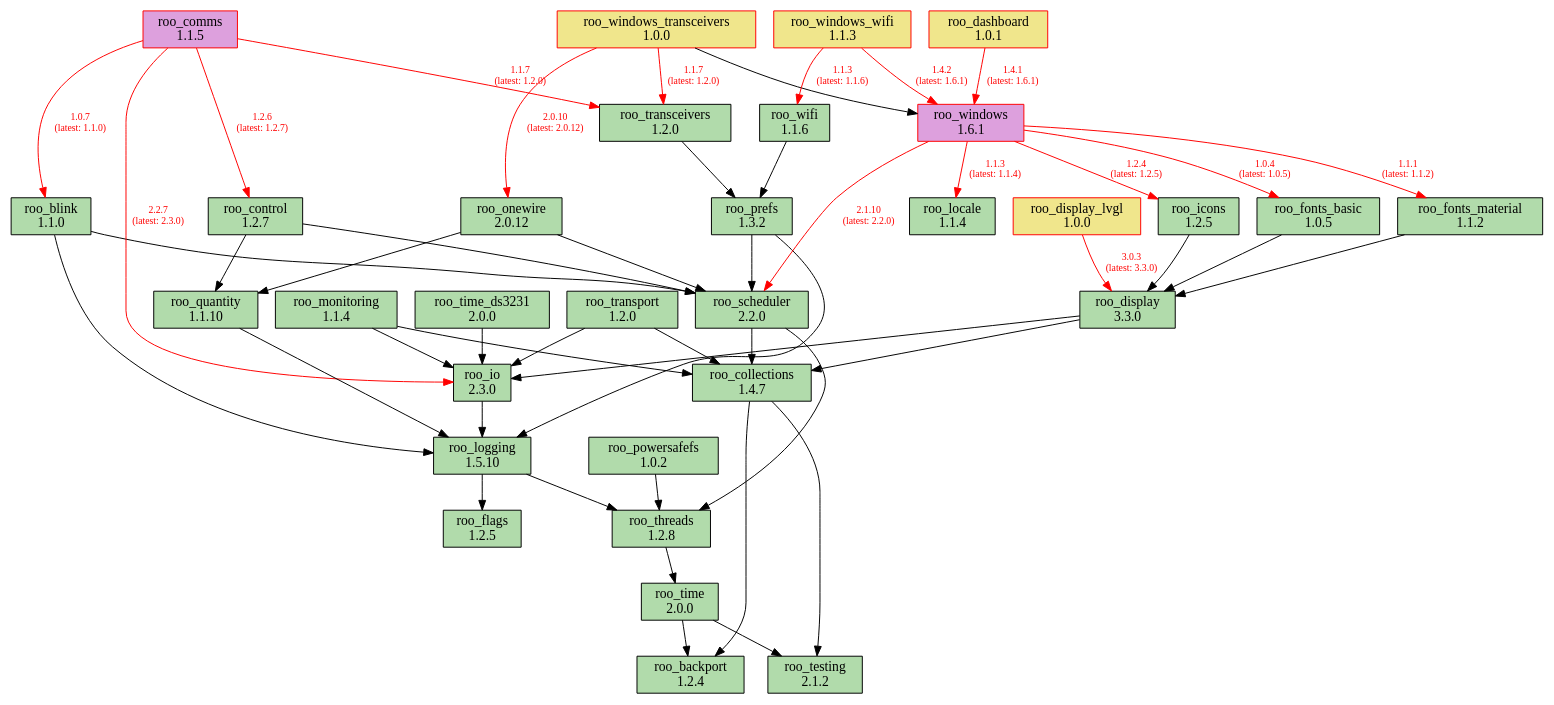
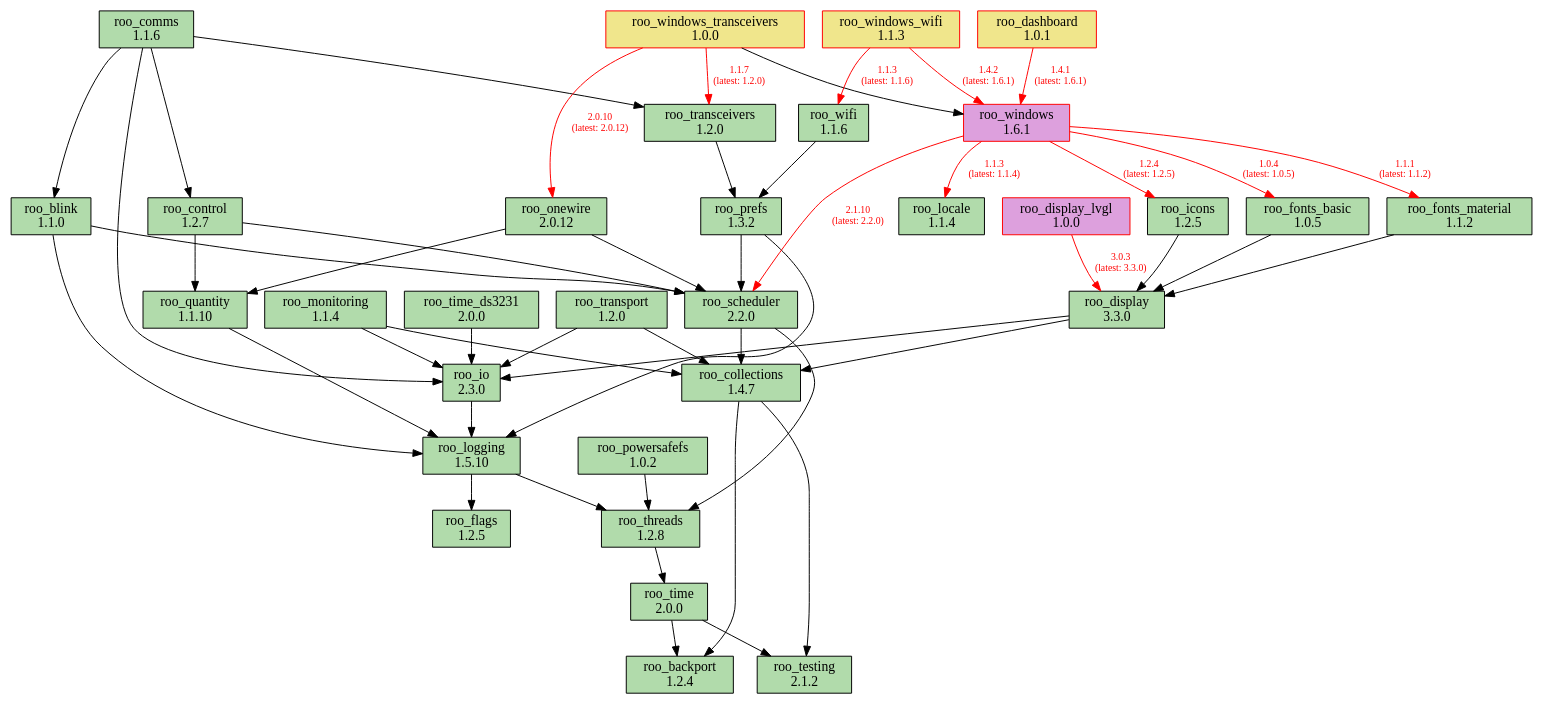
Before and after one commit to dejwk/roo-registry: the diagram in doc/dependencies.dot, drawn with Graphviz. The commit also changed 3 other files, not shown here.

Commit message:
Added roo_comms 1.1.6 to the registry.

```diff
--- a/doc/dependencies.dot
+++ b/doc/dependencies.dot
@@ -1,88 +1,88 @@
 digraph dependencies {
     rankdir=TB;
     node [shape=box, style=filled];
     edge [fontsize=10];
 
     // Modules
     "roo_backport" [label="roo_backport\n1.2.4", fillcolor="#b1dbab", color="black"];
     "roo_blink" [label="roo_blink\n1.1.0", fillcolor="#b1dbab", color="black"];
     "roo_collections" [label="roo_collections\n1.4.7", fillcolor="#b1dbab", color="black"];
-    "roo_comms" [label="roo_comms\n1.1.5", fillcolor="plum", color="red"];
+    "roo_comms" [label="roo_comms\n1.1.6", fillcolor="#b1dbab", color="black"];
     "roo_control" [label="roo_control\n1.2.7", fillcolor="#b1dbab", color="black"];
     "roo_dashboard" [label="roo_dashboard\n1.0.1", fillcolor="khaki", color="red"];
     "roo_display" [label="roo_display\n3.3.0", fillcolor="#b1dbab", color="black"];
-    "roo_display_lvgl" [label="roo_display_lvgl\n1.0.0", fillcolor="khaki", color="red"];
+    "roo_display_lvgl" [label="roo_display_lvgl\n1.0.0", fillcolor="plum", color="red"];
     "roo_flags" [label="roo_flags\n1.2.5", fillcolor="#b1dbab", color="black"];
     "roo_fonts_basic" [label="roo_fonts_basic\n1.0.5", fillcolor="#b1dbab", color="black"];
     "roo_fonts_material" [label="roo_fonts_material\n1.1.2", fillcolor="#b1dbab", color="black"];
     "roo_icons" [label="roo_icons\n1.2.5", fillcolor="#b1dbab", color="black"];
     "roo_io" [label="roo_io\n2.3.0", fillcolor="#b1dbab", color="black"];
     "roo_locale" [label="roo_locale\n1.1.4", fillcolor="#b1dbab", color="black"];
     "roo_logging" [label="roo_logging\n1.5.10", fillcolor="#b1dbab", color="black"];
     "roo_monitoring" [label="roo_monitoring\n1.1.4", fillcolor="#b1dbab", color="black"];
     "roo_onewire" [label="roo_onewire\n2.0.12", fillcolor="#b1dbab", color="black"];
     "roo_powersafefs" [label="roo_powersafefs\n1.0.2", fillcolor="#b1dbab", color="black"];
     "roo_prefs" [label="roo_prefs\n1.3.2", fillcolor="#b1dbab", color="black"];
     "roo_quantity" [label="roo_quantity\n1.1.10", fillcolor="#b1dbab", color="black"];
     "roo_scheduler" [label="roo_scheduler\n2.2.0", fillcolor="#b1dbab", color="black"];
     "roo_testing" [label="roo_testing\n2.1.2", fillcolor="#b1dbab", color="black"];
     "roo_threads" [label="roo_threads\n1.2.8", fillcolor="#b1dbab", color="black"];
     "roo_time" [label="roo_time\n2.0.0", fillcolor="#b1dbab", color="black"];
     "roo_time_ds3231" [label="roo_time_ds3231\n2.0.0", fillcolor="#b1dbab", color="black"];
     "roo_transceivers" [label="roo_transceivers\n1.2.0", fillcolor="#b1dbab", color="black"];
     "roo_transport" [label="roo_transport\n1.2.0", fillcolor="#b1dbab", color="black"];
     "roo_wifi" [label="roo_wifi\n1.1.6", fillcolor="#b1dbab", color="black"];
     "roo_windows" [label="roo_windows\n1.6.1", fillcolor="plum", color="red"];
     "roo_windows_transceivers" [label="roo_windows_transceivers\n1.0.0", fillcolor="khaki", color="red"];
     "roo_windows_wifi" [label="roo_windows_wifi\n1.1.3", fillcolor="khaki", color="red"];
 
     // Dependencies
     "roo_blink" -> "roo_logging";
     "roo_blink" -> "roo_scheduler";
     "roo_collections" -> "roo_testing";
     "roo_collections" -> "roo_backport";
-    "roo_comms" -> "roo_blink" [color=red, fontcolor=red, label="1.0.7\n(latest: 1.1.0)"];
-    "roo_comms" -> "roo_control" [color=red, fontcolor=red, label="1.2.6\n(latest: 1.2.7)"];
-    "roo_comms" -> "roo_io" [color=red, fontcolor=red, label="2.2.7\n(latest: 2.3.0)"];
-    "roo_comms" -> "roo_transceivers" [color=red, fontcolor=red, label="1.1.7\n(latest: 1.2.0)"];
+    "roo_comms" -> "roo_blink";
+    "roo_comms" -> "roo_control";
+    "roo_comms" -> "roo_io";
+    "roo_comms" -> "roo_transceivers";
     "roo_control" -> "roo_quantity";
     "roo_control" -> "roo_scheduler";
     "roo_dashboard" -> "roo_windows" [color=red, fontcolor=red, label="1.4.1\n(latest: 1.6.1)"];
     "roo_display" -> "roo_collections";
     "roo_display" -> "roo_io";
     "roo_display_lvgl" -> "roo_display" [color=red, fontcolor=red, label="3.0.3\n(latest: 3.3.0)"];
     "roo_fonts_basic" -> "roo_display";
     "roo_fonts_material" -> "roo_display";
     "roo_icons" -> "roo_display";
     "roo_io" -> "roo_logging";
     "roo_logging" -> "roo_flags";
     "roo_logging" -> "roo_threads";
     "roo_monitoring" -> "roo_collections";
     "roo_monitoring" -> "roo_io";
     "roo_onewire" -> "roo_scheduler";
     "roo_onewire" -> "roo_quantity";
     "roo_powersafefs" -> "roo_threads";
     "roo_prefs" -> "roo_logging";
     "roo_prefs" -> "roo_scheduler";
     "roo_quantity" -> "roo_logging";
     "roo_scheduler" -> "roo_collections";
     "roo_scheduler" -> "roo_threads";
     "roo_threads" -> "roo_time";
     "roo_time" -> "roo_testing";
     "roo_time" -> "roo_backport";
     "roo_time_ds3231" -> "roo_io";
     "roo_transceivers" -> "roo_prefs";
     "roo_transport" -> "roo_collections";
     "roo_transport" -> "roo_io";
     "roo_wifi" -> "roo_prefs";
     "roo_windows" -> "roo_fonts_basic" [color=red, fontcolor=red, label="1.0.4\n(latest: 1.0.5)"];
     "roo_windows" -> "roo_fonts_material" [color=red, fontcolor=red, label="1.1.1\n(latest: 1.1.2)"];
     "roo_windows" -> "roo_locale" [color=red, fontcolor=red, label="1.1.3\n(latest: 1.1.4)"];
     "roo_windows" -> "roo_icons" [color=red, fontcolor=red, label="1.2.4\n(latest: 1.2.5)"];
     "roo_windows" -> "roo_scheduler" [color=red, fontcolor=red, label="2.1.10\n(latest: 2.2.0)"];
     "roo_windows_transceivers" -> "roo_onewire" [color=red, fontcolor=red, label="2.0.10\n(latest: 2.0.12)"];
     "roo_windows_transceivers" -> "roo_transceivers" [color=red, fontcolor=red, label="1.1.7\n(latest: 1.2.0)"];
     "roo_windows_transceivers" -> "roo_windows";
     "roo_windows_wifi" -> "roo_wifi" [color=red, fontcolor=red, label="1.1.3\n(latest: 1.1.6)"];
     "roo_windows_wifi" -> "roo_windows" [color=red, fontcolor=red, label="1.4.2\n(latest: 1.6.1)"];
 }
```
